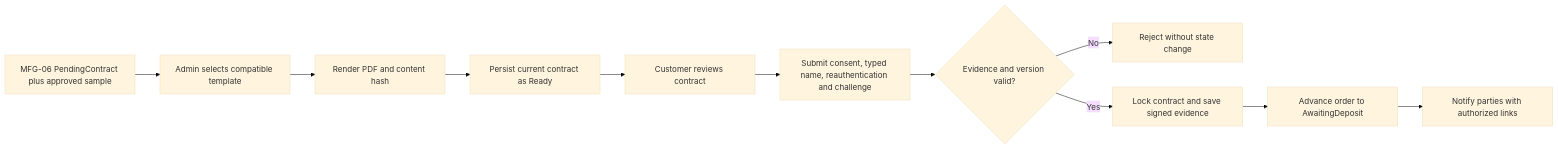
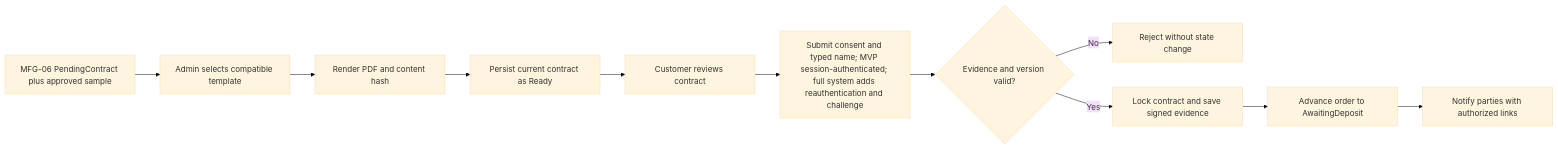
Before and after one commit to ankhanhwork/weavelink-project: the diagram in specs/spec-MFG-09.md, drawn with Mermaid (base theme). The commit also changed other lines of this file and 14 other files, not shown here.

````diff
--- a/specs/spec-MFG-09.md
+++ b/specs/spec-MFG-09.md
@@ -66,13 +66,13 @@
 ```mermaid
 flowchart LR
   Order[MFG-06 PendingContract plus approved sample] --> Template[Admin selects compatible template]
   Template --> Render[Render PDF and content hash]
   Render --> Ready[Persist current contract as Ready]
   Ready --> Review[Customer reviews contract]
-  Review --> Evidence[Submit consent, typed name, reauthentication and challenge]
+  Review --> Evidence[Submit consent and typed name; MVP session-authenticated; full system adds reauthentication and challenge]
   Evidence --> Valid{Evidence and version valid?}
   Valid -->|No| Error[Reject without state change]
   Valid -->|Yes| Signed[Lock contract and save signed evidence]
   Signed --> Payment[Advance order to AwaitingDeposit]
   Payment --> Notice[Notify parties with authorized links]
 ```
````
